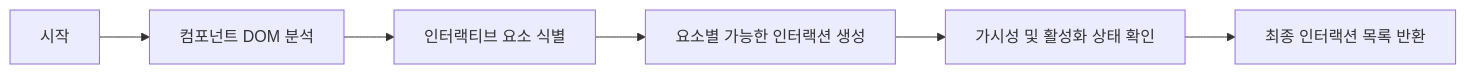
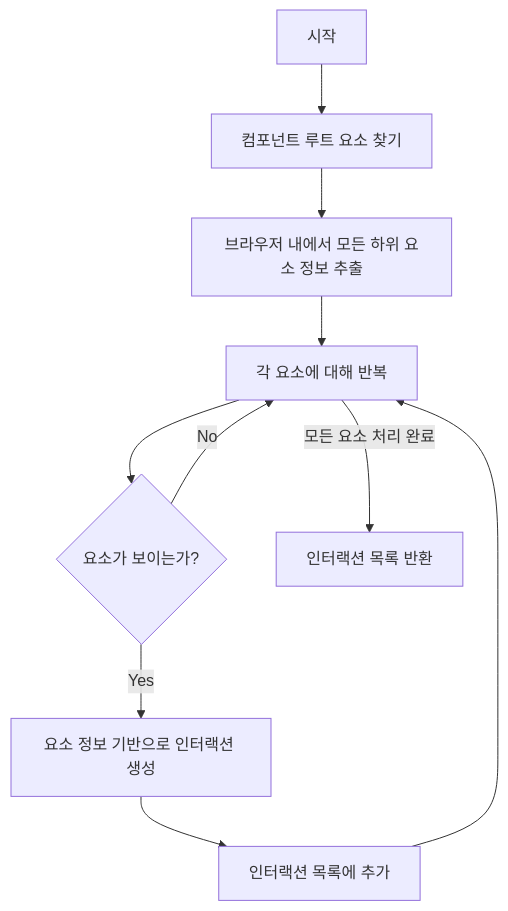
Before and after one commit to YahngSungho/Monorepo: the fourth of 10 diagrams in storybook/e2e/universal-testers.md, drawn with Mermaid. The commit also changed other lines of this file and 5 other files, not shown here.

````diff
--- a/storybook/e2e/universal-testers.md
+++ b/storybook/e2e/universal-testers.md
@@ -128,8 +196,12 @@
 ```mermaid
-flowchart LR
-    A[시작] --> B[컴포넌트 DOM 분석]
-    B --> C[인터랙티브 요소 식별]
-    C --> D[요소별 가능한 인터랙션 생성]
-    D --> E[가시성 및 활성화 상태 확인]
-    E --> F[최종 인터랙션 목록 반환]
+flowchart TD
+    A[시작] --> B[컴포넌트 루트 요소 찾기]
+    B --> C[브라우저 내에서 모든 하위 요소 정보 추출]
+    C --> D[각 요소에 대해 반복]
+    D --> E{요소가 보이는가?}
+    E -->|No| D
+    E -->|Yes| F[요소 정보 기반으로 인터랙션 생성]
+    F --> G[인터랙션 목록에 추가]
+    G --> D
+    D -->|모든 요소 처리 완료| H[인터랙션 목록 반환]
 ```
````
